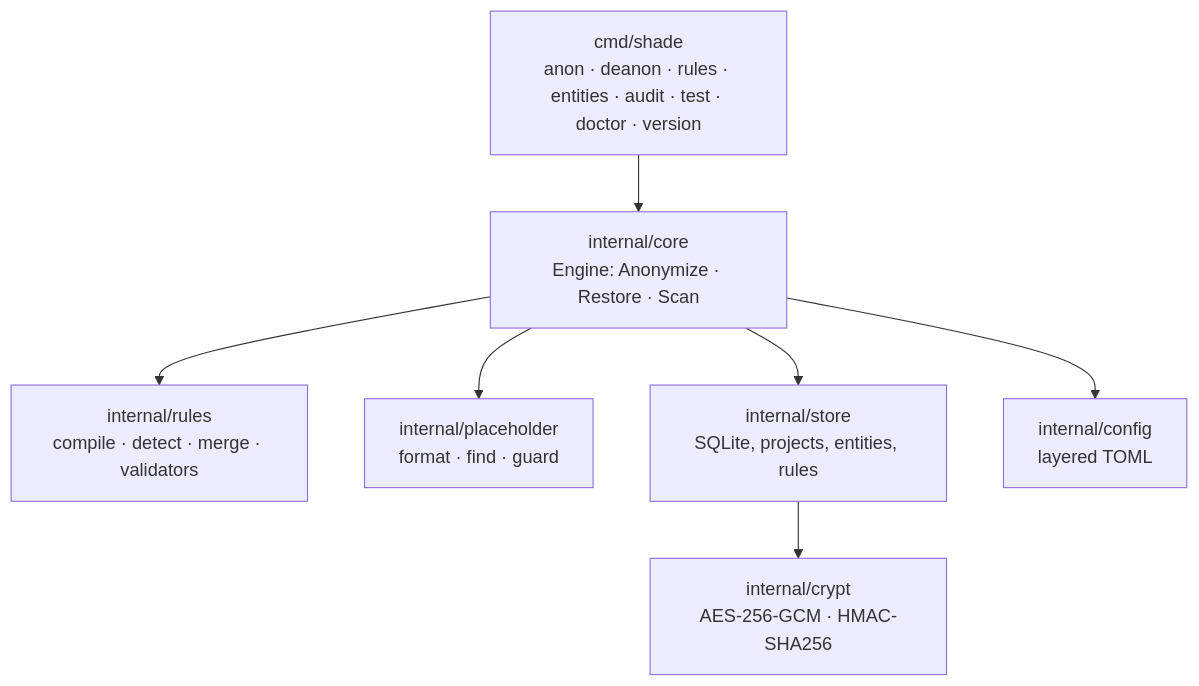
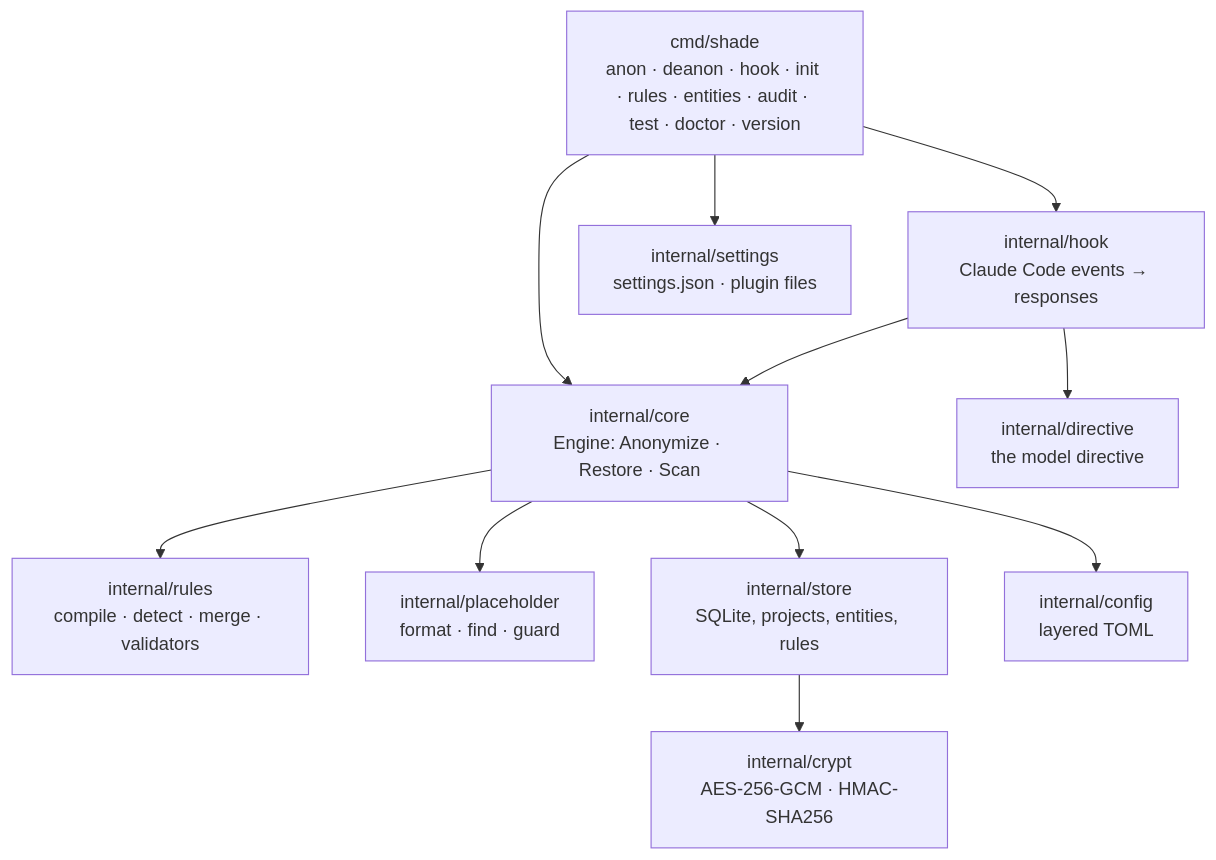
Before and after one commit to werbot/shade: the third of 3 diagrams in README.md, drawn with Mermaid. The commit also changed other lines of this file, not shown here.

````diff
--- a/README.md
+++ b/README.md
@@ -102,10 +167,14 @@
 ```mermaid
 flowchart TB
-    CLI["cmd/shade<br/>anon · deanon · rules · entities · audit · test · doctor · version"]
+    CLI["cmd/shade<br/>anon · deanon · hook · init · rules · entities · audit · test · doctor · version"]
     CLI --> Core["internal/core<br/>Engine: Anonymize · Restore · Scan"]
+    CLI --> Hook["internal/hook<br/>Claude Code events → responses"]
+    CLI --> Set["internal/settings<br/>settings.json · plugin files"]
+    Hook --> Core
+    Hook --> Dir["internal/directive<br/>the model directive"]
     Core --> Rules["internal/rules<br/>compile · detect · merge · validators"]
     Core --> PH["internal/placeholder<br/>format · find · guard"]
     Core --> Store["internal/store<br/>SQLite, projects, entities, rules"]
     Core --> Cfg["internal/config<br/>layered TOML"]
     Store --> Crypt["internal/crypt<br/>AES-256-GCM · HMAC-SHA256"]
 ```
````
